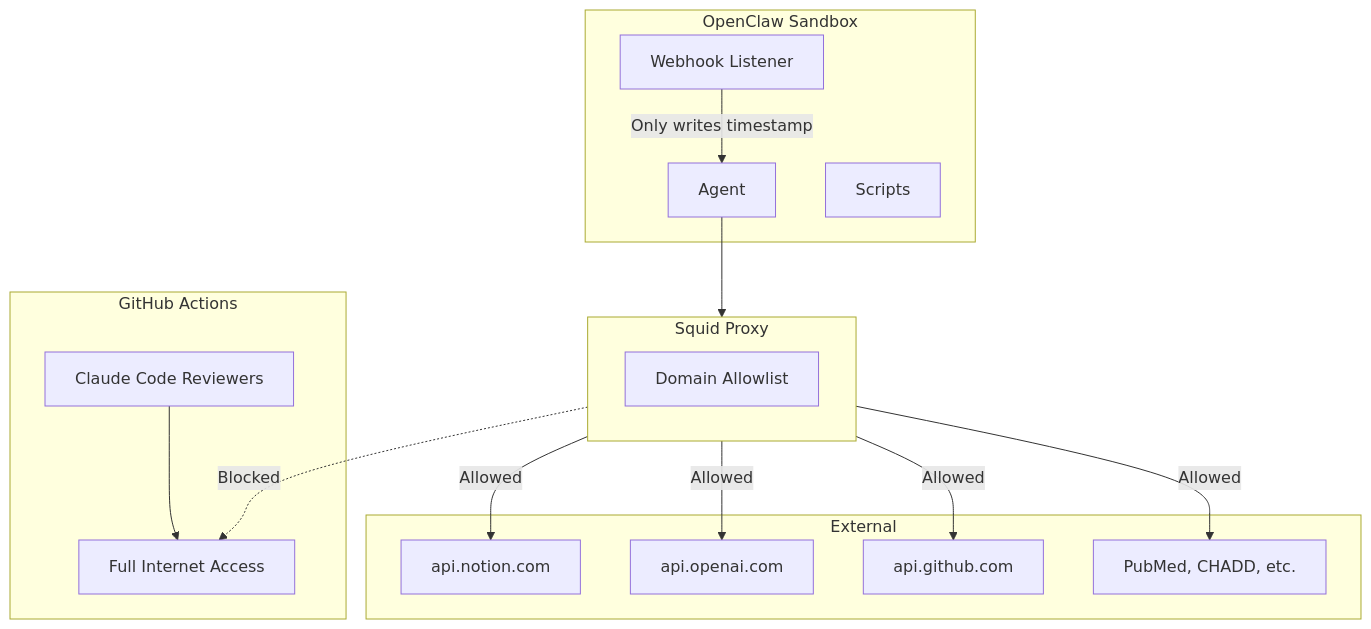
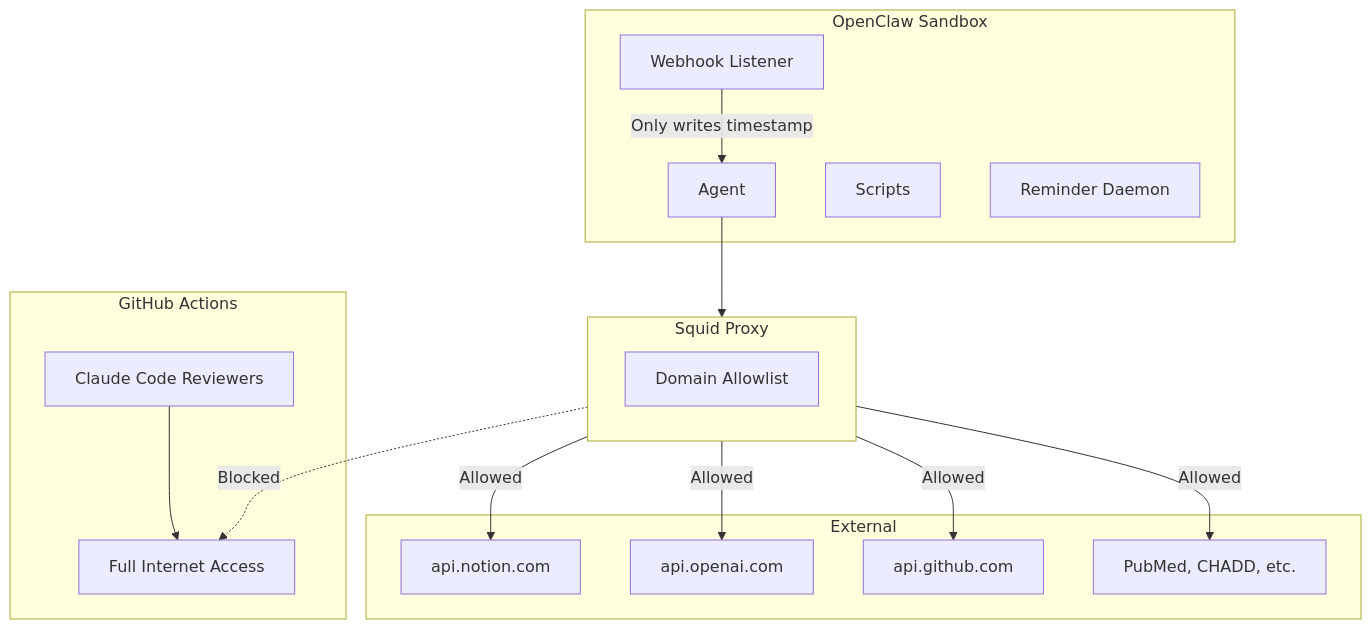
Before and after one commit to NickBorgersProbably/hide-my-list: the sixth of 6 diagrams in docs/architecture.md, drawn with Mermaid. The commit also changed 1 other file, not shown here.

Commit message:
Apply doc updates from Design Review: reminder daemon trust model and security diagram
- SECURITY.md: add trust model entry for reminder daemon ([BC] configuration)
- docs/architecture.md: add Reminder Daemon to Sandbox subgraph in security architecture diagram

````diff
--- a/docs/architecture.md
+++ b/docs/architecture.md
@@ -262,35 +262,36 @@
 ```mermaid
 flowchart TB
     subgraph Sandbox["OpenClaw Sandbox"]
         Agent[Agent]
         Scripts[Scripts]
         Webhook[Webhook Listener]
+        Reminder[Reminder Daemon]
     end
 
     subgraph Proxy["Squid Proxy"]
         ACL[Domain Allowlist]
     end
 
     subgraph External["External"]
         Notion[api.notion.com]
         OpenAI[api.openai.com]
         GitHub[api.github.com]
         Research[PubMed, CHADD, etc.]
     end
 
     subgraph CIEnv["GitHub Actions"]
         CI[Claude Code Reviewers]
         FullNet[Full Internet Access]
     end
 
     Agent --> Proxy
     Proxy -->|Allowed| Notion
     Proxy -->|Allowed| OpenAI
     Proxy -->|Allowed| GitHub
     Proxy -->|Allowed| Research
     Proxy -.->|Blocked| FullNet
 
     CI --> FullNet
 
     Webhook -->|Only writes timestamp| Agent
 ```
````
